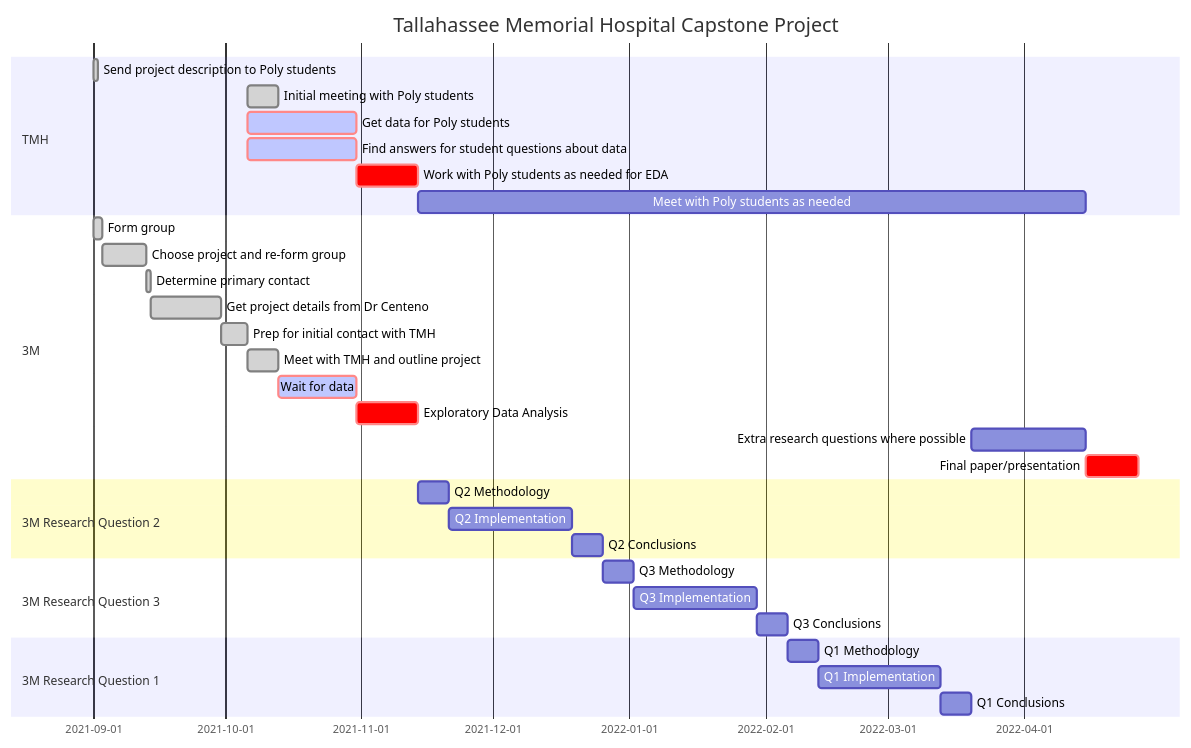
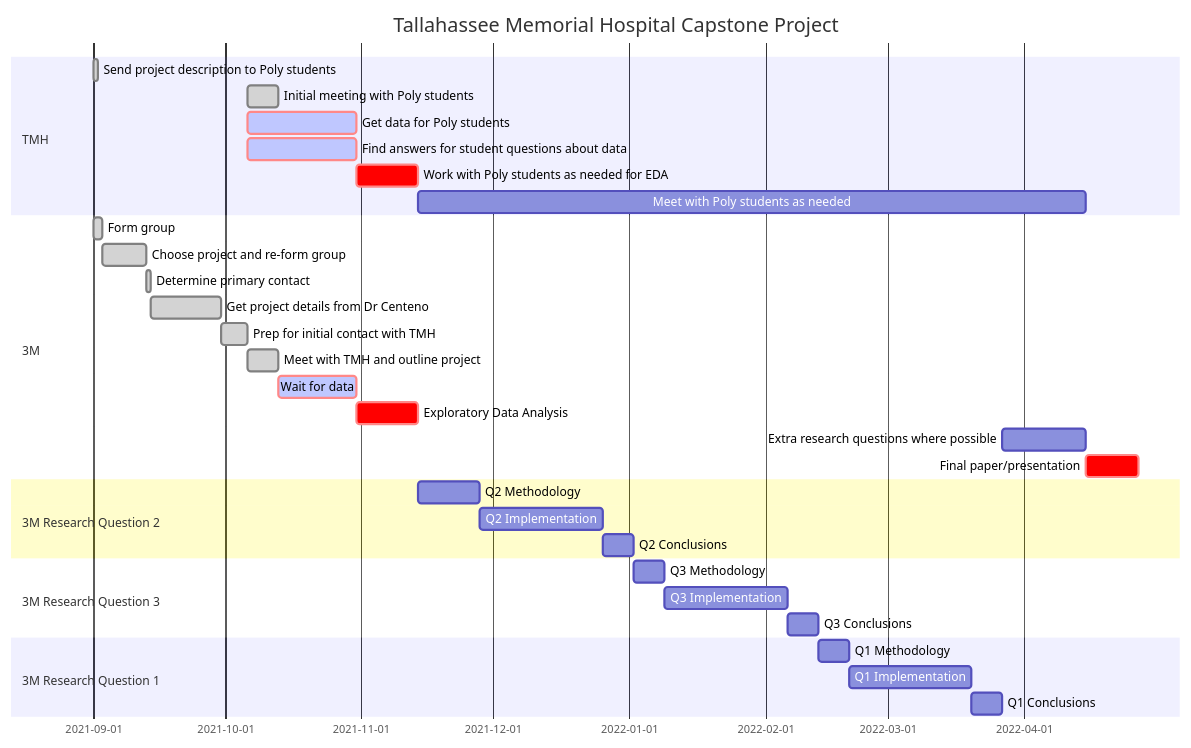
One commit to guslipkin/Fall2021 changed the second of 2 diagrams in IDC 4942 ~ Capstone/FA2021 Midterm Gantt and WBS.md. Above: the diagram before and after it, drawn with Mermaid. The commit also changed 4 other files, not shown here.

````diff
--- a/IDC 4942 ~ Capstone/FA2021 Midterm Gantt and WBS.md
+++ b/IDC 4942 ~ Capstone/FA2021 Midterm Gantt and WBS.md
@@ -31,37 +31,37 @@
 ```mermaid
 gantt
 dateFormat YYYY-MM-DD
 
 title Tallahassee Memorial Hospital Capstone Project
 
 section TMH
 				Send project description to Poly students :done, tmh1, 2021-09-01, 1d
 				Initial meeting with Poly students				:done, tmh2, 2021-10-06, 2021-10-13
         Get data for Poly students								:active, crit, tmh3, 2021-10-06, 2021-10-31
         Find answers for student questions about data :active, crit, tmh4, 2021-10-06, 2021-10-31
         Work with Poly students as needed for EDA	:crit, tmh5, after p7, 2w
         Meet with Poly students as needed					: tmh6, after tmh5, 2022-04-15
 section 3M
         Form group            										:done, p1, 2021-09-01, 2021-09-03
         Choose project and re-form group					:done, p2, 2021-09-03, 2021-09-13
         Determine primary contact									:done, p3, 2021-09-13, 2021-09-14
         Get project details from Dr Centeno				:done, p4, 2021-09-14, 2021-09-30
         Prep for initial contact with TMH					:done, p5, 2021-09-30, 2021-10-06
         Meet with TMH and outline project					:done, p6, 2021-10-06, 2021-10-13
         Wait for data															:active, crit, p7, 2021-10-13, 2021-10-31
         Exploratory Data Analysis									:crit,	p8, after p7, 2w
         Extra research questions where possible		: p9, after q13, 2022-04-15
         Final paper/presentation									:crit, after p9, 2022-04-27
 section 3M Research Question 2
-				Q2 Methodology														: q21, after p8, 1w
+				Q2 Methodology														: q21, after p8, 2w
 				Q2 Implementation													: q22, after q21, 4w
 				Q2 Conclusions														: q23, after q22, 1w
 section 3M Research Question 3
 				Q3 Methodology														: q31, after q23, 1w
 				Q3 Implementation													: q32, after q31, 4w
 				Q3 Conclusions														: q33, after q32, 1w
 section 3M Research Question 1
 				Q1 Methodology														: q11, after q33, 1w
 				Q1 Implementation													: q12, after q11, 4w
 				Q1 Conclusions														: q13, after q12, 1w
 ```
````
